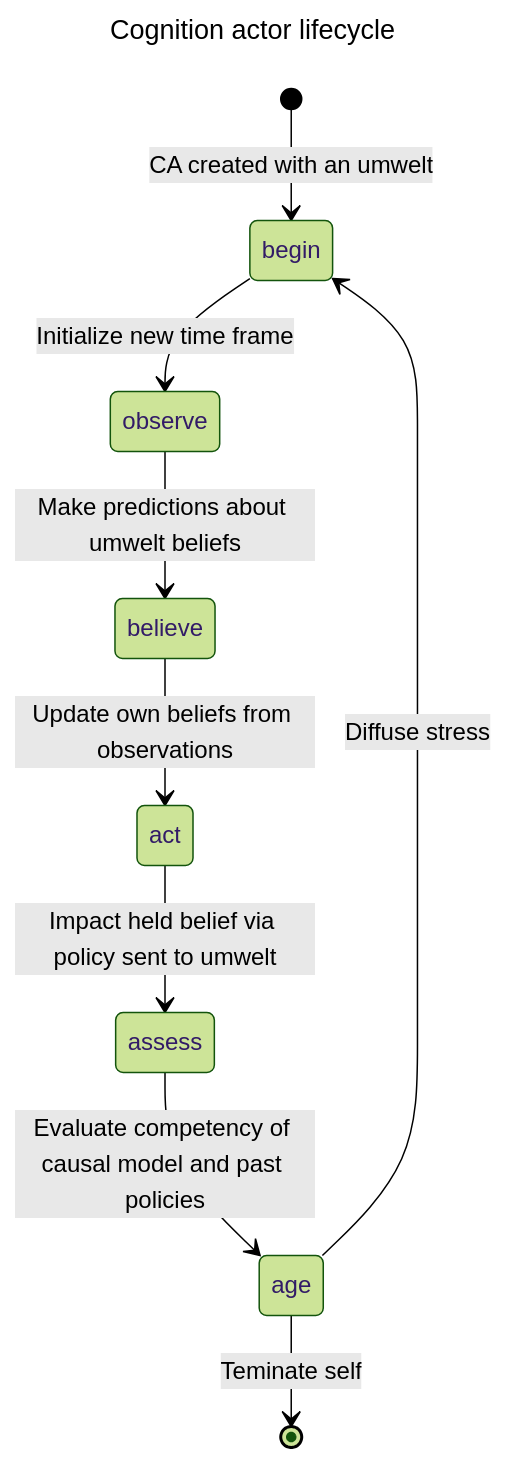
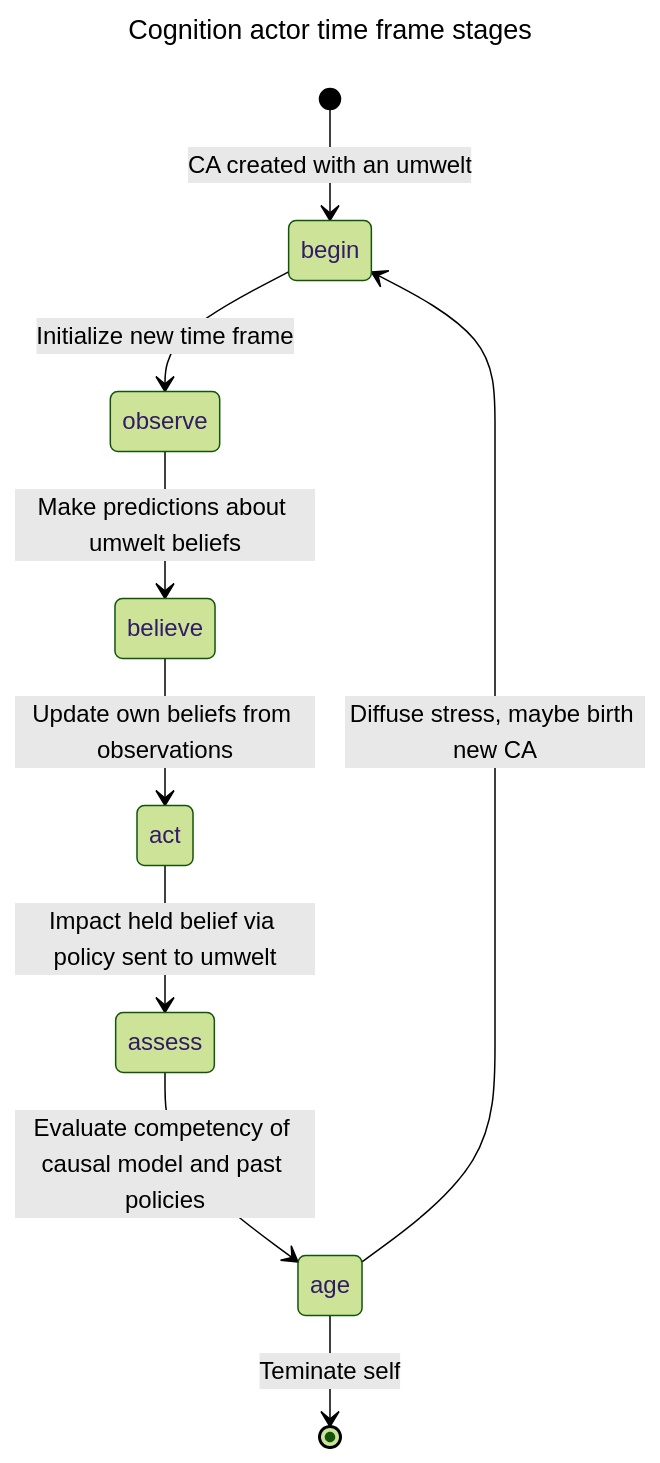
One commit to jfcloutier/karma_system changed the diagram in design_notes/cognition_actors.md. Above: the diagram before and after it, drawn with Mermaid (forest theme). The commit also changed other lines of this file, not shown here.

Commit message:
Corrected notes on CA lifecycle

````diff
--- a/design_notes/cognition_actors.md
+++ b/design_notes/cognition_actors.md
@@ -138,15 +131,15 @@
 ```mermaid
 ---
-title: Cognition actor lifecycle
+title: Cognition actor time frame stages
 ---
 stateDiagram-v2
     [*] --> begin: CA created with an umwelt
     begin --> observe: Initialize new time frame
 
     observe --> believe: Make predictions about umwelt beliefs
     believe --> act: Update own beliefs from observations
     act --> assess: Impact held belief via policy sent to umwelt
     assess --> age: Evaluate competency of causal model and past policies
-    age --> begin: Diffuse stress
+    age --> begin: Diffuse stress, maybe birth new CA
     age --> [*]: Teminate self
 ```
````
